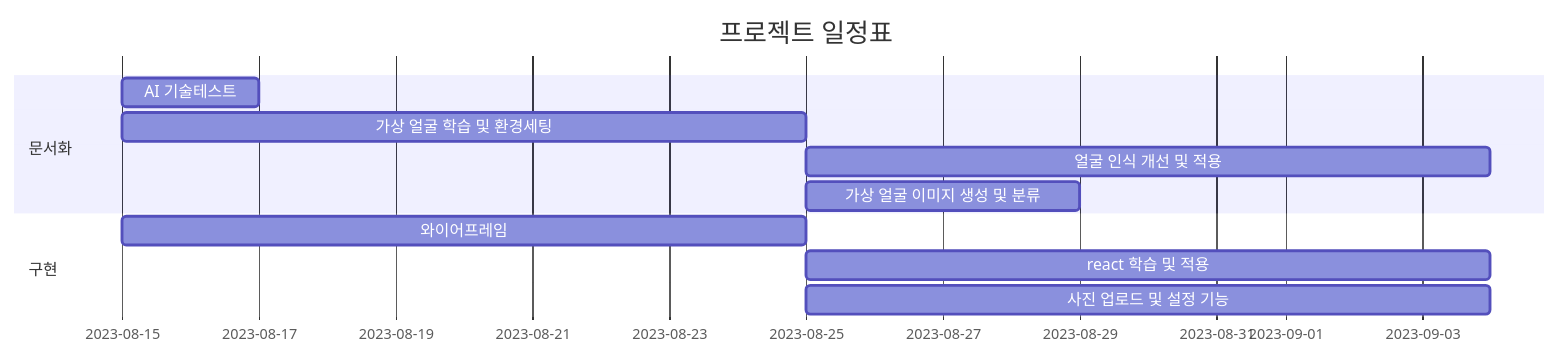
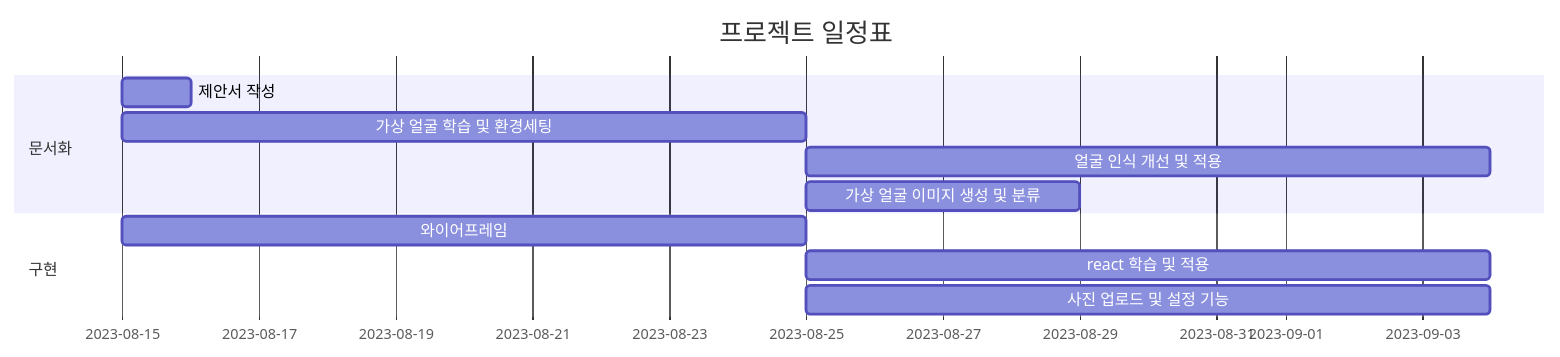
One commit to mmingu/mmingu changed the diagram in README.md. Above: the diagram before and after it, drawn with Mermaid.

````diff
--- a/README.md
+++ b/README.md
@@ -5,16 +5,16 @@
 ```mermaid
 gantt
     title 프로젝트 일정표
     dateFormat  YYYY-MM-DD
     section 문서화
-    AI 기술테스트  : a1, 2023-08-15, 2d
+    제안서 작성  : a1, 2023-08-15, 1d
     가상 얼굴 학습 및 환경세팅  : 2023-08-15, 10d
     얼굴 인식 개선 및 적용 : after a1, 10d
     가상 얼굴 이미지 생성 및 분류 : after a1, 4d
 
     section 구현 
     와이어프레임     :a1,2023-08-15, 10d
     react 학습 및 적용 : after a1,  10d
     사진 업로드 및 설정 기능 :after a1 , 10d
 
 ```
````
